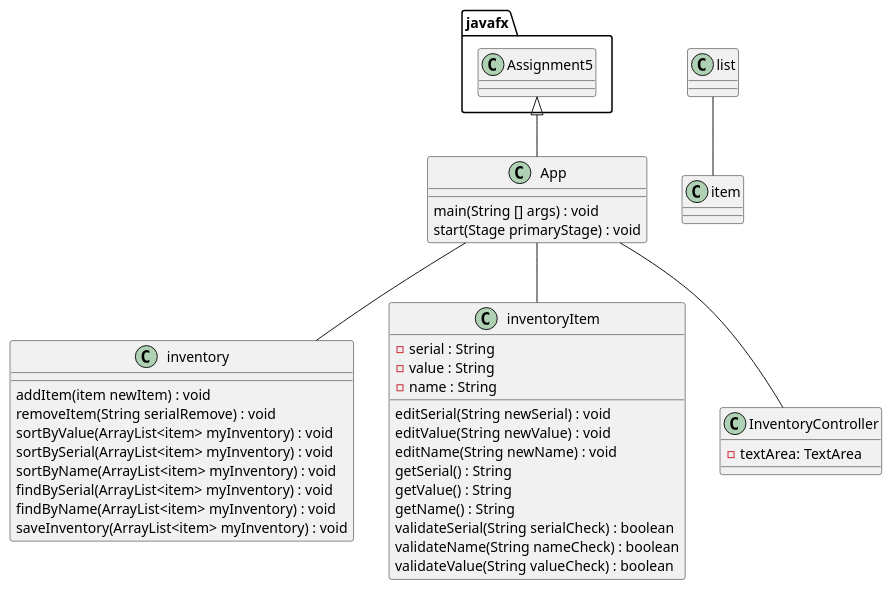
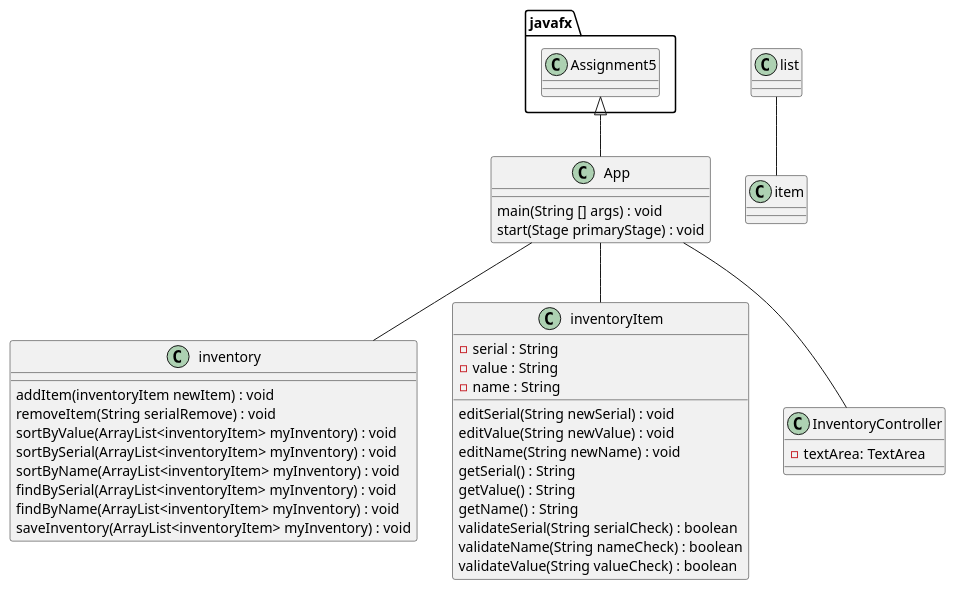
Before and after one commit to JayEspinoza/espinoza-2278-a5: the diagram in uml/App.puml, drawn with PlantUML. The commit also changed 1 other file, not shown here.

Commit message:
Third Commit inventory class started PUML errors fixed

```diff
--- a/uml/App.puml
+++ b/uml/App.puml
@@ -1,55 +1,55 @@
 @startuml
 'https://plantuml.com/class-diagram
 
 class App
 class inventory
 class inventoryItem
 class InventoryController
 
 javafx.Assignment5 <|-- App
 
 App -- inventory
 App -- inventoryItem
 App -- InventoryController
 
 list -- item
 
 class App {
 main(String [] args) : void
 start(Stage primaryStage) : void
 }
 
 
 class inventory {
-addItem(item newItem) : void
+addItem(inventoryItem newItem) : void
 removeItem(String serialRemove) : void
-sortByValue(ArrayList<item> myInventory) : void
-sortBySerial(ArrayList<item> myInventory) : void
-sortByName(ArrayList<item> myInventory) : void
-findBySerial(ArrayList<item> myInventory) : void
-findByName(ArrayList<item> myInventory) : void
-saveInventory(ArrayList<item> myInventory) : void
+sortByValue(ArrayList<inventoryItem> myInventory) : void
+sortBySerial(ArrayList<inventoryItem> myInventory) : void
+sortByName(ArrayList<inventoryItem> myInventory) : void
+findBySerial(ArrayList<inventoryItem> myInventory) : void
+findByName(ArrayList<inventoryItem> myInventory) : void
+saveInventory(ArrayList<inventoryItem> myInventory) : void
 }
 
 class inventoryItem {
 - serial : String
 - value : String
 - name : String
 
 editSerial(String newSerial) : void
 editValue(String newValue) : void
 editName(String newName) : void
 getSerial() : String
 getValue() : String
 getName() : String
 validateSerial(String serialCheck) : boolean
 validateName(String nameCheck) : boolean
 validateValue(String valueCheck) : boolean
 }
 
 class InventoryController {
 - textArea: TextArea
 
 }
 
 @enduml
```
